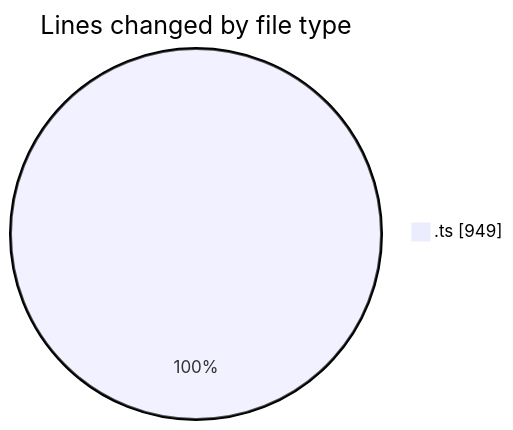
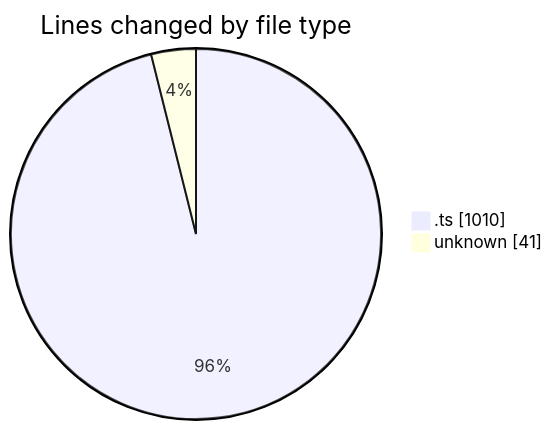
Before and after one commit to momahboobian/code-tracking: the first of 2 diagrams in 2025-08-11/cda/README.md, drawn with Mermaid. The commit also changed other lines of this file and 1 other file, not shown here.

````diff
--- a/2025-08-11/cda/README.md
+++ b/2025-08-11/cda/README.md
@@ -22,5 +23,6 @@
 ```mermaid
 pie showData
 title Lines changed by file type
-".ts" : 949
+".ts" : 1010
+"unknown" : 41
 ```
````
